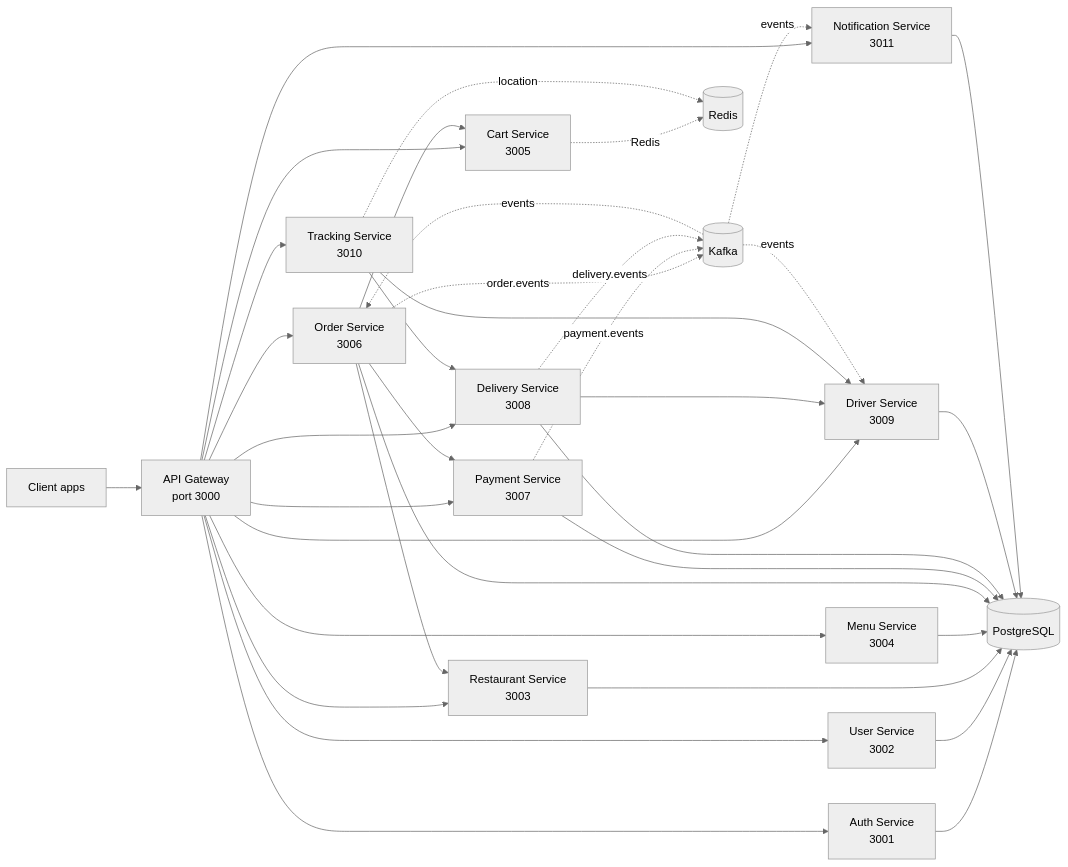
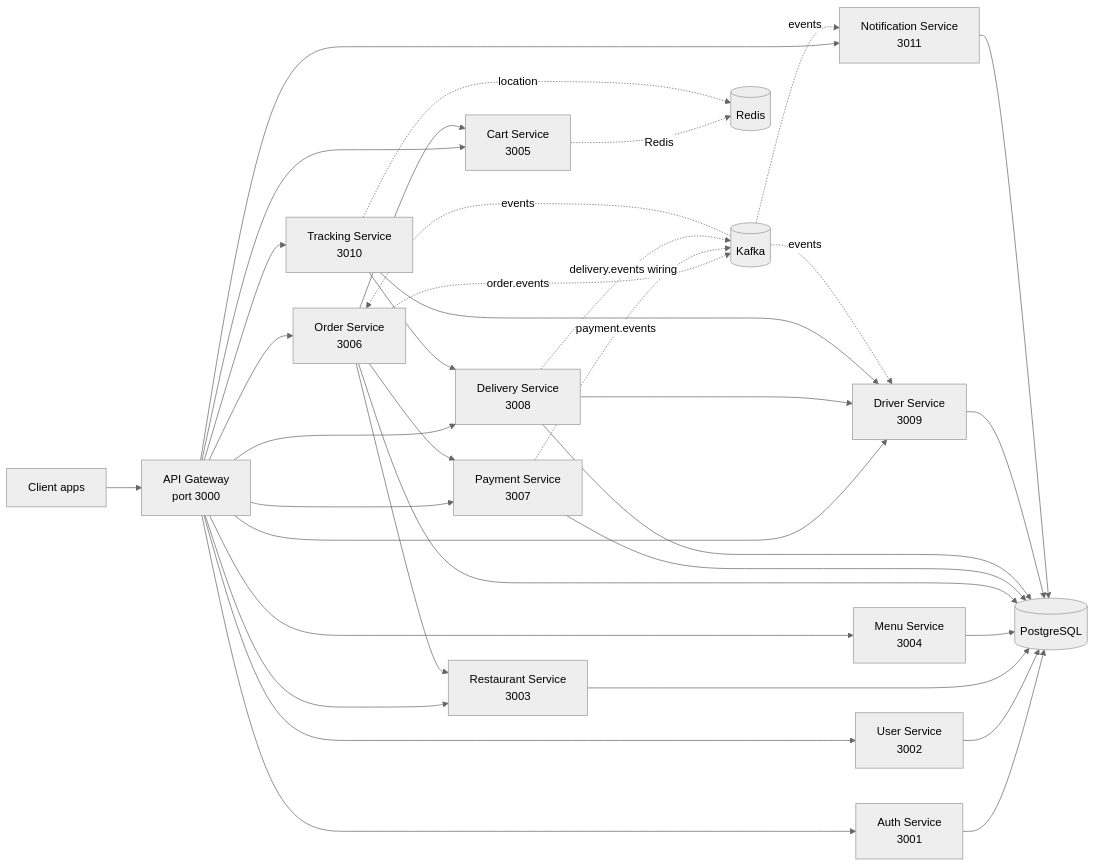
Before and after one commit to Yousefa7medmaher/delivery-plus: the diagram in .project-context/02-system-architecture.md, drawn with Mermaid (neutral theme). The commit also changed 20 other files, not shown here.

````diff
--- a/.project-context/02-system-architecture.md
+++ b/.project-context/02-system-architecture.md
@@ -5,44 +5,44 @@
 ```mermaid
 flowchart LR
     Client[Client apps] --> GW[API Gateway<br/>port 3000]
 
     GW --> AUTH[Auth Service<br/>3001]
     GW --> USER[User Service<br/>3002]
     GW --> REST[Restaurant Service<br/>3003]
     GW --> MENU[Menu Service<br/>3004]
     GW --> CART[Cart Service<br/>3005]
     GW --> ORD[Order Service<br/>3006]
     GW --> PAY[Payment Service<br/>3007]
     GW --> DEL[Delivery Service<br/>3008]
     GW --> DRV[Driver Service<br/>3009]
     GW --> TRK[Tracking Service<br/>3010]
     GW --> NOTIF[Notification Service<br/>3011]
 
     ORD --> PAY
     ORD --> CART
     ORD --> REST
     DEL --> DRV
     TRK --> DEL
     TRK --> DRV
 
     ORD -.->|order.events| KAFKA[(Kafka)]
     PAY -.->|payment.events| KAFKA
-    DEL -.->|delivery.events| KAFKA
+    DEL -.->|delivery.events wiring| KAFKA
 
     KAFKA -.->|events| NOTIF
     KAFKA -.->|events| DRV
     KAFKA -.->|events| ORD
 
     CART -.->|Redis| REDIS[(Redis)]
     TRK -.->|location| REDIS
 
     AUTH --> PG[(PostgreSQL)]
     USER --> PG
     REST --> PG
     MENU --> PG
     ORD --> PG
     PAY --> PG
     DEL --> PG
     DRV --> PG
     NOTIF --> PG
 ```
````
